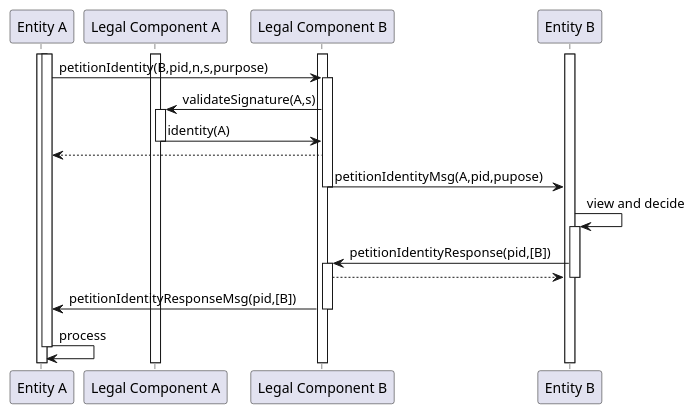
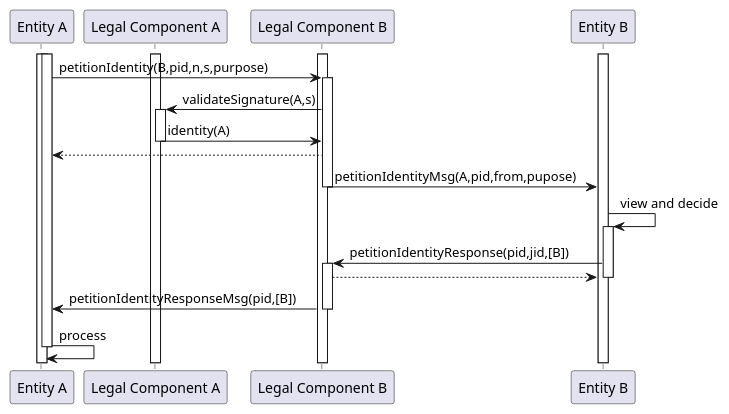
One commit to Neuro-Foundation/neuro-foundation.io changed the second of 5 diagrams in Root/neuro-foundation.io/LegalIdentities.md. Above: the diagram before and after it, drawn with PlantUML. The commit also changed other lines of this file and 3 other files, not shown here.

````diff
--- a/Root/neuro-foundation.io/LegalIdentities.md
+++ b/Root/neuro-foundation.io/LegalIdentities.md
@@ -1090,43 +1090,43 @@
 ```uml
 @startuml
 
 participant "Entity A"
 participant "Legal Component A"
 participant "Legal Component B"
 participant "Entity B"
 
 activate "Entity A"
 activate "Entity B"
 activate "Legal Component A"
 activate "Legal Component B"
 
 activate "Entity A"
 "Entity A" -> "Legal Component B" : petitionIdentity(B,pid,n,s,purpose)
 activate "Legal Component B"
 
 "Legal Component B" -> "Legal Component A" : validateSignature(A,s)
 activate "Legal Component A"
 "Legal Component A" -> "Legal Component B" : identity(A)
 deactivate "Legal Component A"
 
 "Legal Component B" --> "Entity A"
 
-"Legal Component B" -> "Entity B" : petitionIdentityMsg(A,pid,pupose)
+"Legal Component B" -> "Entity B" : petitionIdentityMsg(A,pid,from,pupose)
 deactivate "Legal Component B"
 
 "Entity B" -> "Entity B" : view and decide
 activate "Entity B"
 
-"Entity B" -> "Legal Component B" : petitionIdentityResponse(pid,[B])
+"Entity B" -> "Legal Component B" : petitionIdentityResponse(pid,jid,[B])
 activate "Legal Component B"
 "Legal Component B" --> "Entity B"
 deactivate "Entity B"
 
 "Legal Component B" -> "Entity A" : petitionIdentityResponseMsg(pid,[B])
 deactivate "Legal Component B"
 
 "Entity A" -> "Entity A" : process
 deactivate "Entity A"
 
 @enduml
 ```
````
